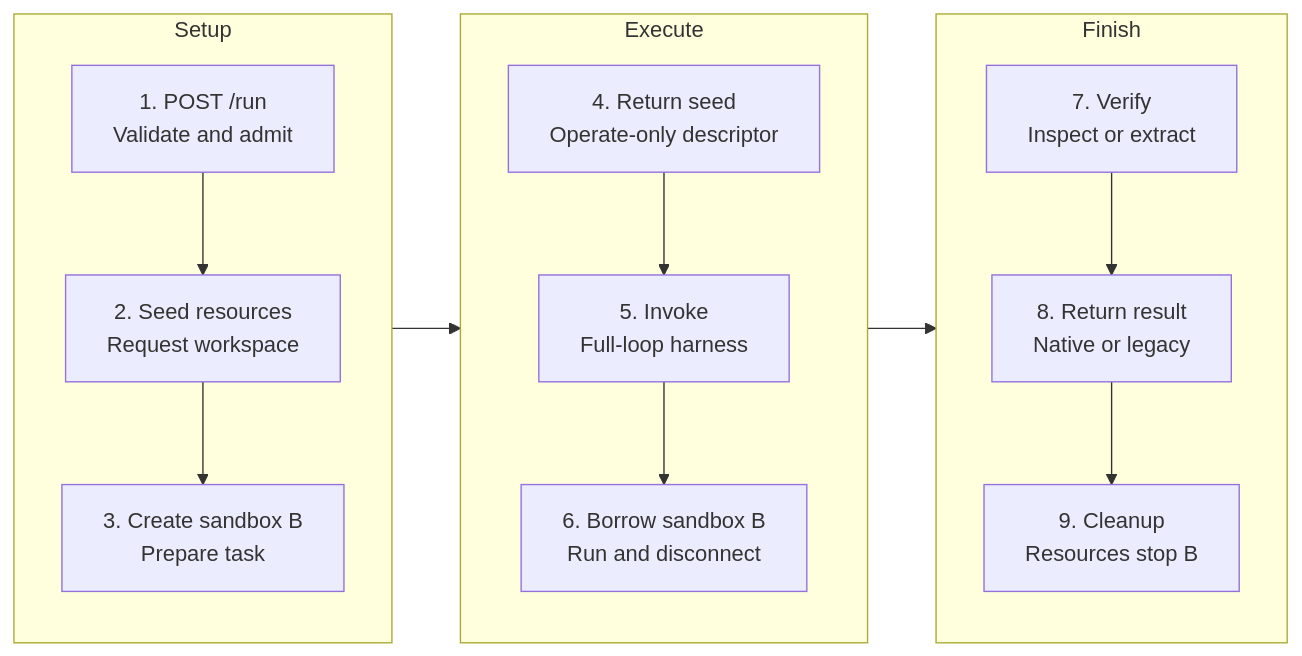
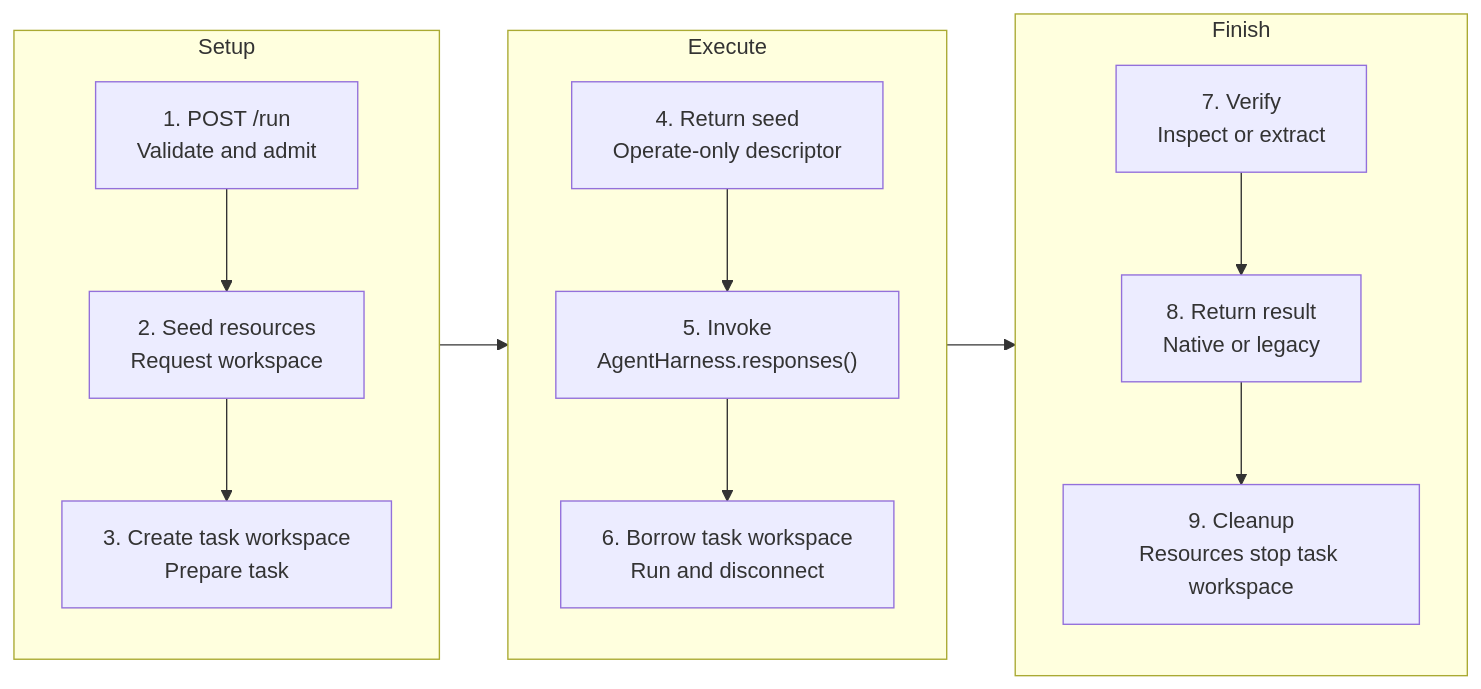
Before and after one commit to ananthsub/Gym: the second of 5 diagrams in investigations/episode-orchestration-design.md, drawn with Mermaid. The commit also changed other lines of this file and 1 other file, not shown here.

Commit message:
docs(investigations): refine episode architecture proposal

````diff
--- a/investigations/episode-orchestration-design.md
+++ b/investigations/episode-orchestration-design.md
@@ -583,29 +1441,29 @@
 ```mermaid
 flowchart LR
     subgraph Setup
         direction TB
         S1["1. POST /run<br/>Validate and admit"]
         S2["2. Seed resources<br/>Request workspace"]
-        S3["3. Create sandbox B<br/>Prepare task"]
+        S3["3. Create task workspace<br/>Prepare task"]
         S1 --> S2 --> S3
     end
 
     subgraph Execute
         direction TB
         S4["4. Return seed<br/>Operate-only descriptor"]
-        S5["5. Invoke<br/>Full-loop harness"]
-        S6["6. Borrow sandbox B<br/>Run and disconnect"]
+        S5["5. Invoke<br/>AgentHarness.responses()"]
+        S6["6. Borrow task workspace<br/>Run and disconnect"]
         S4 --> S5 --> S6
     end
 
     subgraph Finish
         direction TB
         S7["7. Verify<br/>Inspect or extract"]
         S8["8. Return result<br/>Native or legacy"]
-        S9["9. Cleanup<br/>Resources stop B"]
+        S9["9. Cleanup<br/>Resources stop task workspace"]
         S7 --> S8 --> S9
     end
 
     S3 --> S4
     S6 --> S7
 ```
````
